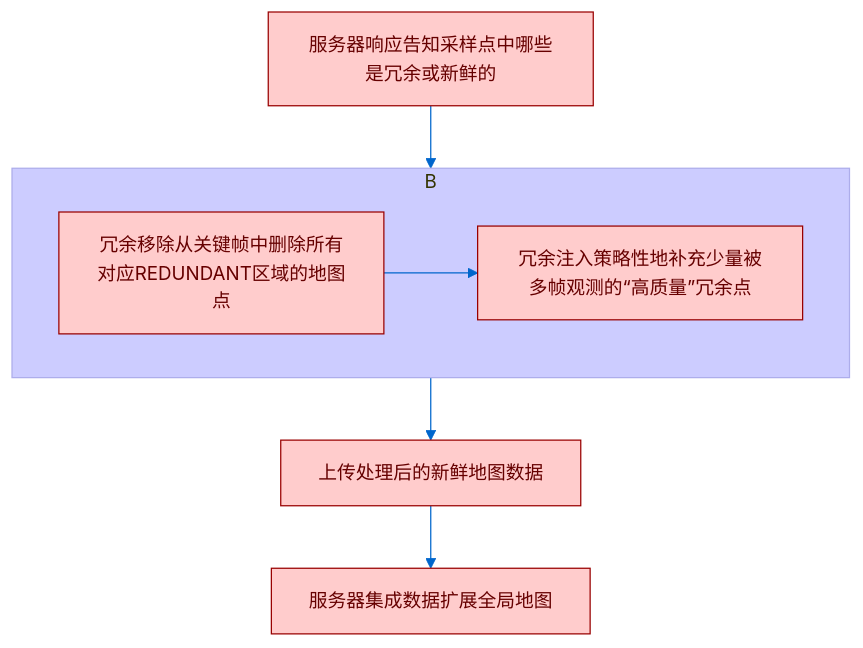
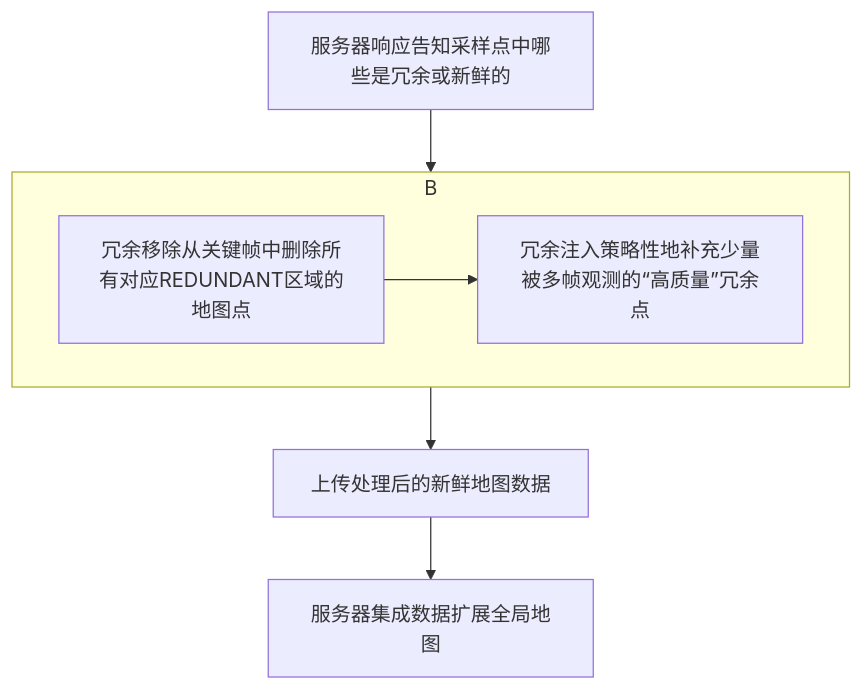
Before and after one commit to zhaolin191544/csgo: the sixth of 8 diagrams in slides.md, drawn with Mermaid. The commit also changed other lines of this file and 2 other files, not shown here.

````diff
--- a/slides.md
+++ b/slides.md
@@ -399,23 +408,10 @@
 ```mermaid
-%%{init: {"theme": "base", "themeVariables": {
-  "primaryColor": "#ffcccc",
-  "primaryTextColor": "#660000",
-  "primaryBorderColor": "#990000",
-
-  "lineColor": "#0066cc",
-  "secondaryColor": "#ccffcc",
-  "tertiaryColor": "#ccccff",
-
-  "fontSize": "15px",
-  "fontFamily": "Arial",
-  "background": "#f5f5f5"
-}}}%%
 graph TD
    A[服务器响应告知采样点中哪些是冗余或新鲜的] --> B{设备端进行冗余控制};
     subgraph B
         direction LR
         B1[冗余移除从关键帧中删除所有对应REDUNDANT区域的地图点] --> B2[冗余注入策略性地补充少量被多帧观测的“高质量”冗余点];
     end
     B --> C[上传处理后的新鲜地图数据];
     C --> D[服务器集成数据扩展全局地图];
 ```
````
